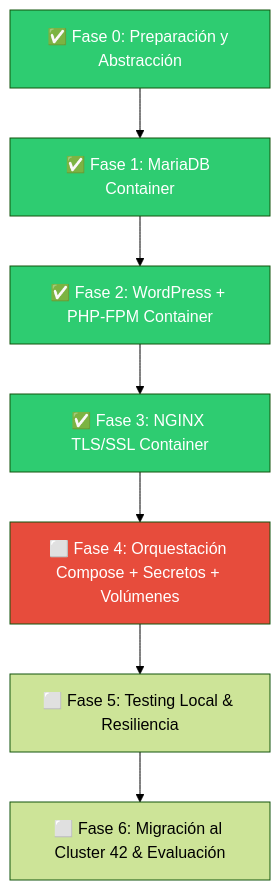
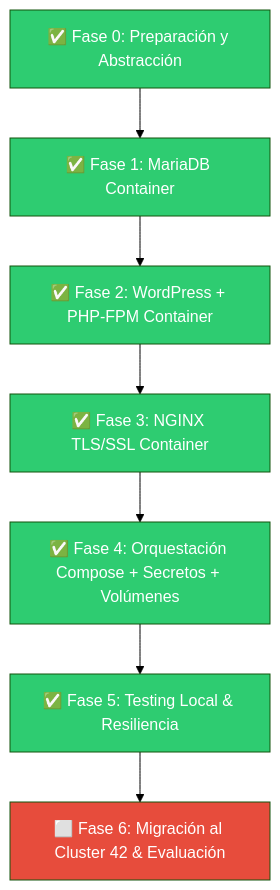
The diagram in ROADMAP.md (higrub89/inception), drawn with Mermaid (forest theme) before and after one commit. The commit also changed other lines of this file, not shown here.

Commit message:
docs(roadmap): mark Phase 4 and Phase 5 as completed

````diff
--- a/ROADMAP.md
+++ b/ROADMAP.md
@@ -20,14 +20,16 @@
 ```mermaid
 graph TD
     M0["✅ Fase 0: Preparación y Abstracción"] --> M1["✅ Fase 1: MariaDB Container"]
     M1 --> M2["✅ Fase 2: WordPress + PHP-FPM Container"]
     M2 --> M3["✅ Fase 3: NGINX TLS/SSL Container"]
-    M3 --> M4["⬜ Fase 4: Orquestación Compose + Secretos + Volúmenes"]
-    M4 --> M5["⬜ Fase 5: Testing Local & Resiliencia"]
+    M3 --> M4["✅ Fase 4: Orquestación Compose + Secretos + Volúmenes"]
+    M4 --> M5["✅ Fase 5: Testing Local & Resiliencia"]
     M5 --> M6["⬜ Fase 6: Migración al Cluster 42 & Evaluación"]
     style M0 fill:#2ecc71,color:#fff
     style M1 fill:#2ecc71,color:#fff
     style M2 fill:#2ecc71,color:#fff
     style M3 fill:#2ecc71,color:#fff
-    style M4 fill:#e74c3c,color:#fff
+    style M4 fill:#2ecc71,color:#fff
+    style M5 fill:#2ecc71,color:#fff
+    style M6 fill:#e74c3c,color:#fff
 ```
````
